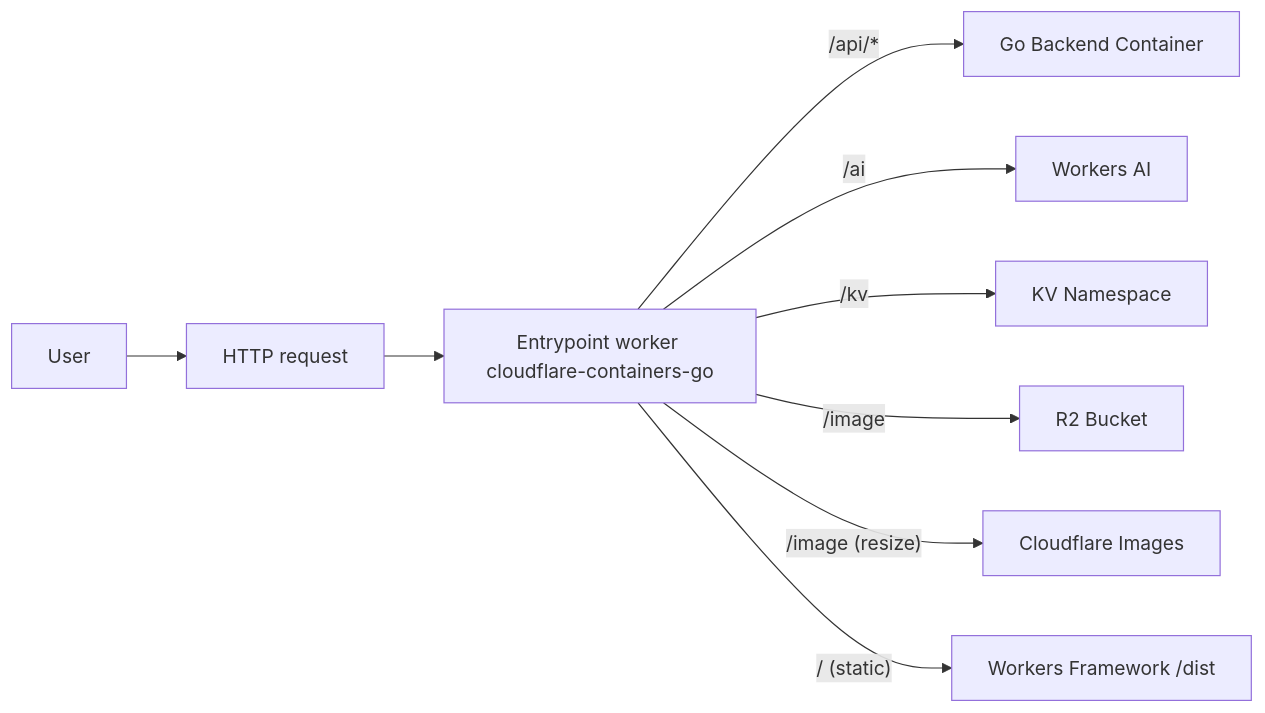
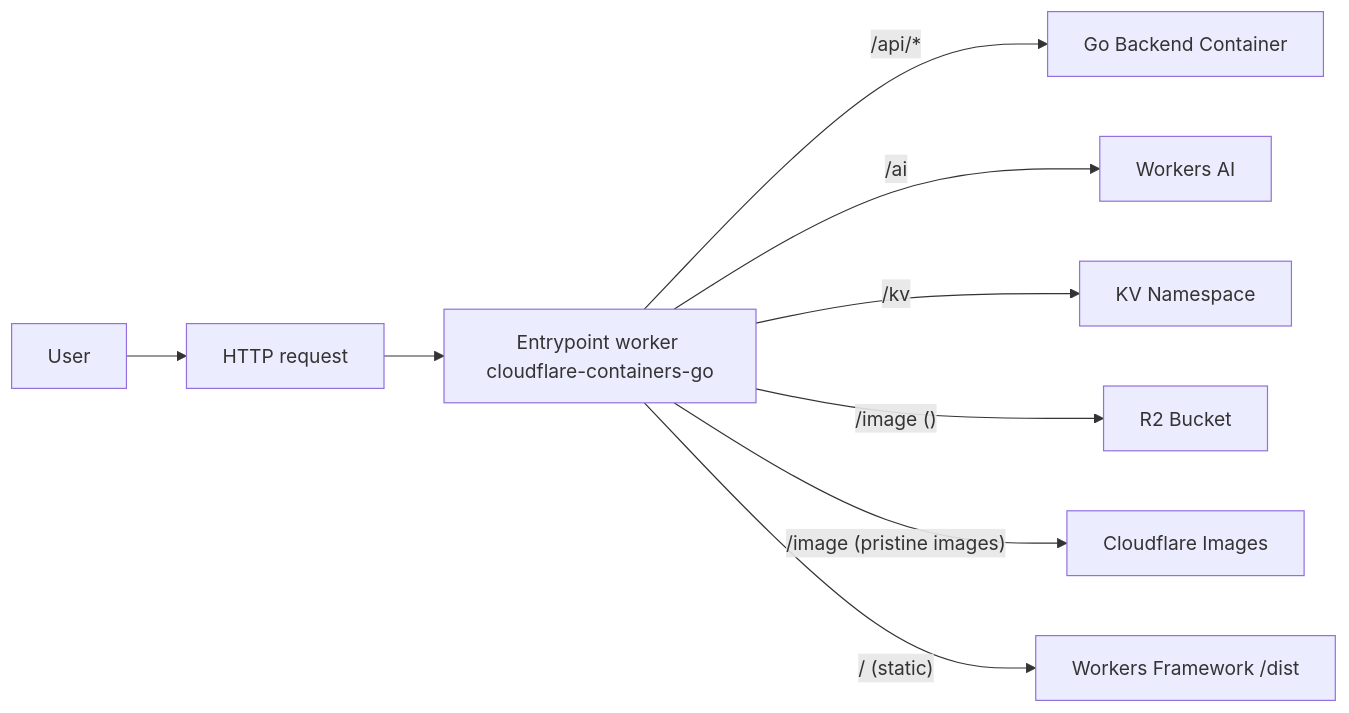
Before and after one commit to iamask/cloudflare-containers-go: the diagram in README.md, drawn with Mermaid. The commit also changed other lines of this file and 2 other files, not shown here.

Commit message:
updated image resizing logic

````diff
--- a/README.md
+++ b/README.md
@@ -25,10 +25,10 @@
 ```mermaid
 graph LR;
     USER["User"] --> HTTP["HTTP request"] --> A["Entrypoint worker cloudflare-containers-go"]
     A -- "/api/*" --> BACKEND["Go Backend Container"]
     A -- "/ai" --> AI["Workers AI"]
     A -- "/kv" --> KV["KV Namespace"]
-    A -- "/image" --> R2["R2 Bucket"]
-    A -- "/image (resize)" --> IMAGES["Cloudflare Images"]
+    A -- "/image ()" --> R2["R2 Bucket"]
+    A -- "/image (pristine images)" --> IMAGES["Cloudflare Images"]
     A -- "/ (static)" --> STATIC["Workers Framework /dist"]
 ```
````
